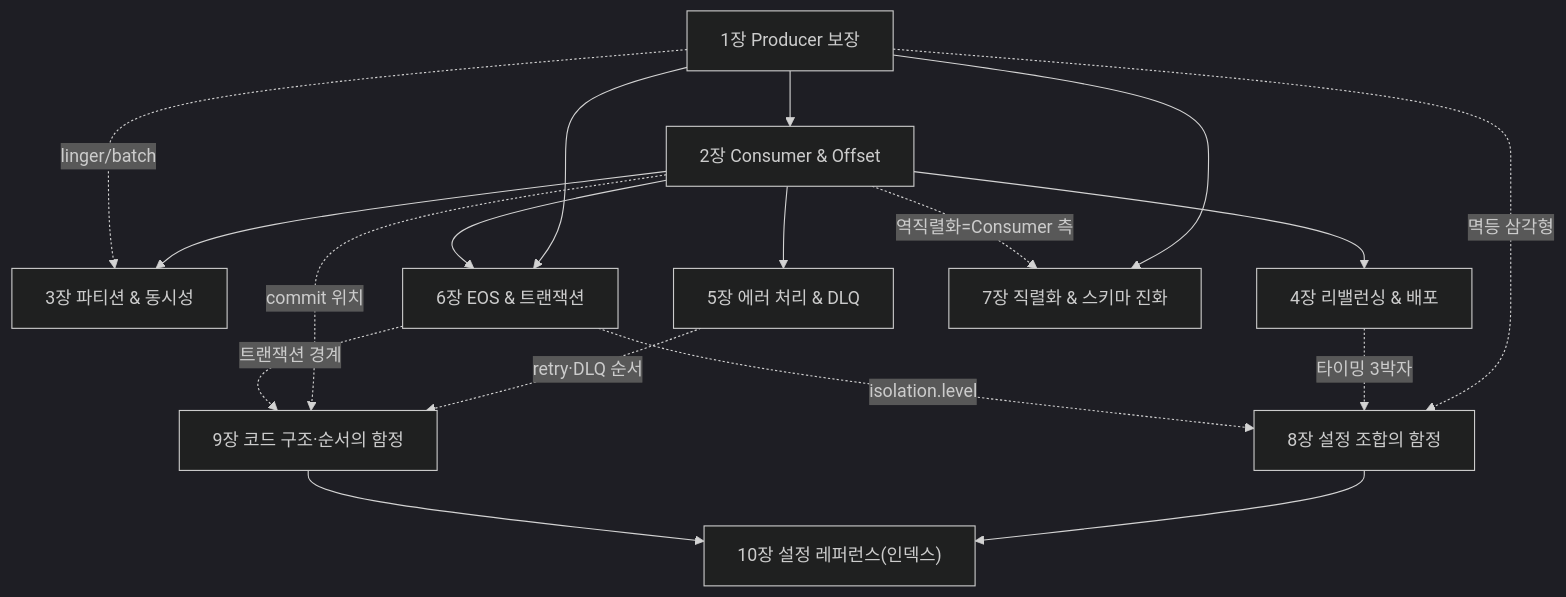
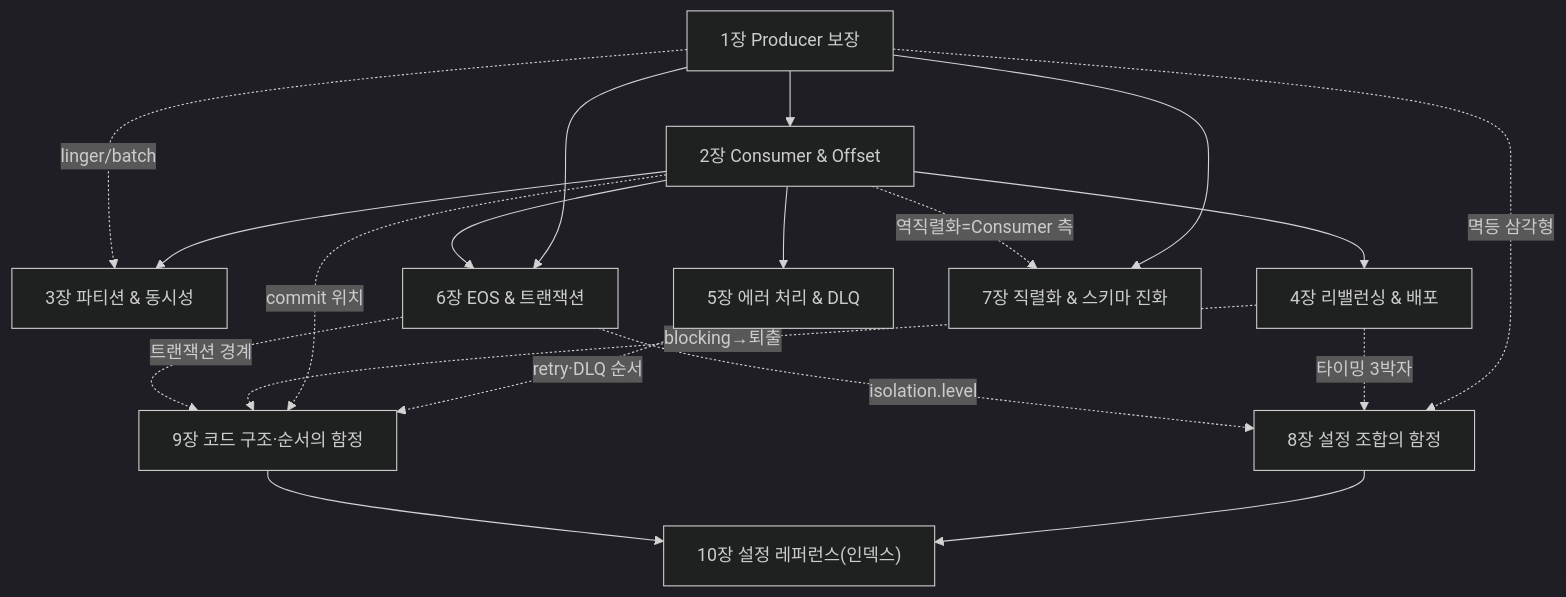
Before and after one commit to ghtjr410/kafka-lab: the second of 2 diagrams in docs/book/2-spring/README.md, drawn with Mermaid (dark theme). The commit also changed other lines of this file, not shown here.

````diff
--- a/docs/book/2-spring/README.md
+++ b/docs/book/2-spring/README.md
@@ -66,20 +66,21 @@
 ```mermaid
 graph TB
     C1["1장 Producer 보장"] --> C2["2장 Consumer & Offset"]
     C2 --> C3["3장 파티션 & 동시성"]
     C2 --> C4["4장 리밸런싱 & 배포"]
     C2 --> C5["5장 에러 처리 & DLQ"]
     C1 --> C6["6장 EOS & 트랜잭션"]
     C2 --> C6
     C1 --> C7["7장 직렬화 & 스키마 진화"]
     C2 -. "역직렬화=Consumer 측" .-> C7
     C1 -. "linger/batch" .-> C3
     C1 -. "멱등 삼각형" .-> X8["8장 설정 조합의 함정"]
     C4 -. "타이밍 3박자" .-> X8
     C6 -. "isolation.level" .-> X8
     C5 -. "retry·DLQ 순서" .-> X9["9장 코드 구조·순서의 함정"]
     C2 -. "commit 위치" .-> X9
+    C4 -. "blocking→퇴출" .-> X9
     C6 -. "트랜잭션 경계" .-> X9
     X8 --> X10["10장 설정 레퍼런스(인덱스)"]
     X9 --> X10
 ```
````
